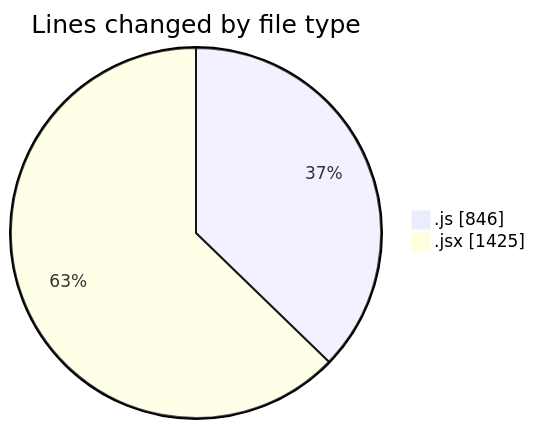
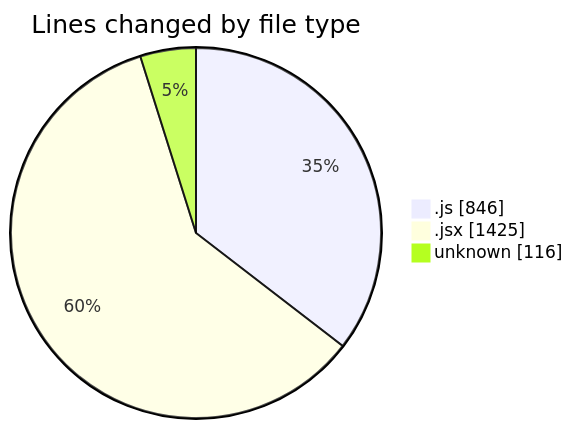
One commit to nxtqubesakshisongat/code-tracking changed the first of 2 diagrams in 2025-12-01/nxtqube_webapp/README.md. Above: the diagram before and after it, drawn with Mermaid. The commit also changed other lines of this file and 1 other file, not shown here.

````diff
--- a/2025-12-01/nxtqube_webapp/README.md
+++ b/2025-12-01/nxtqube_webapp/README.md
@@ -25,6 +26,7 @@
 ```mermaid
 pie showData
 title Lines changed by file type
 ".js" : 846
 ".jsx" : 1425
+"unknown" : 116
 ```
````
